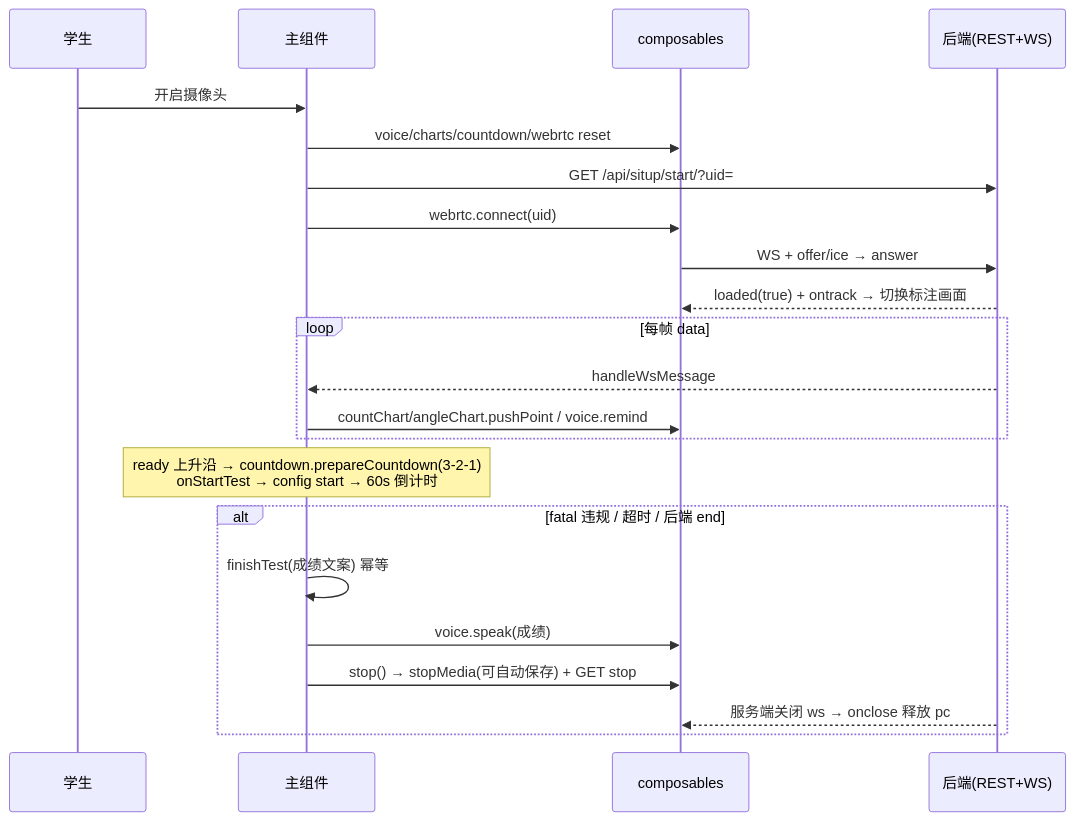
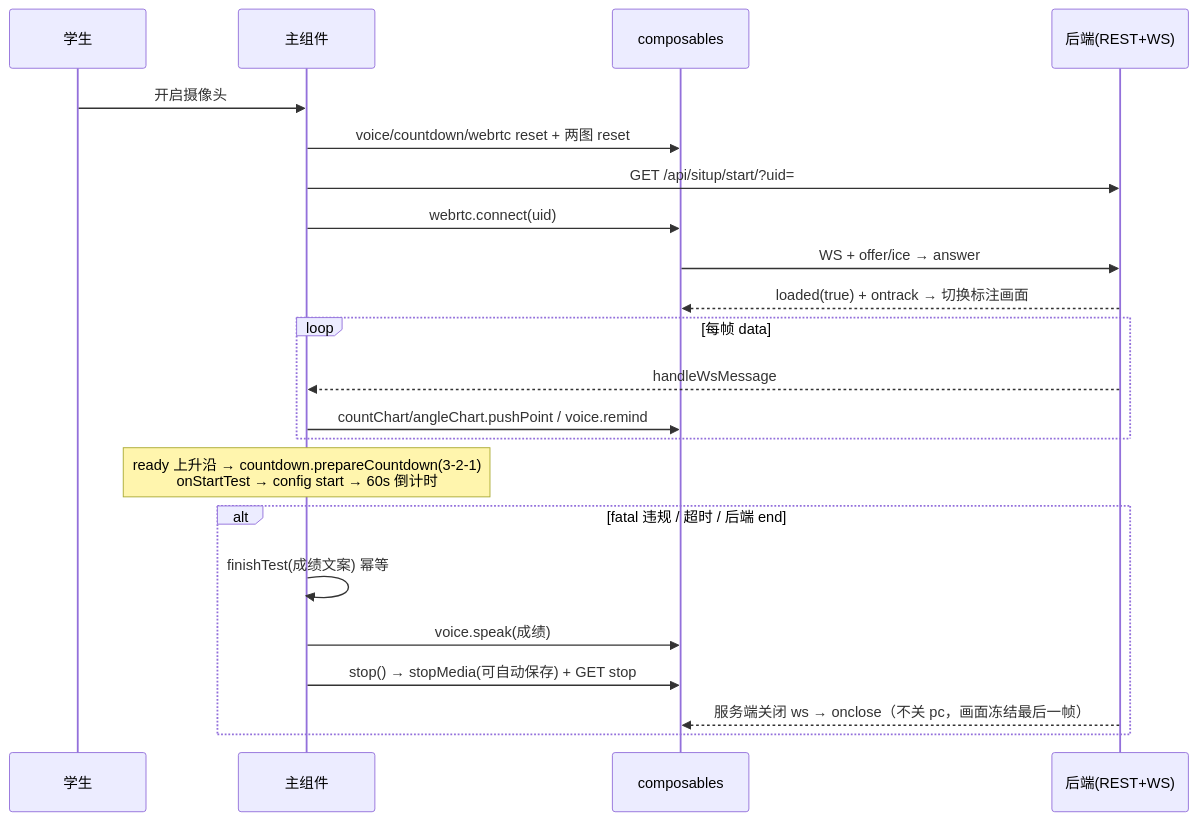
The diagram in docs/StudentTestingSitup.md (Macarion/sport-vue), drawn with Mermaid before and after one commit. The commit also changed other lines of this file and 2 other files, not shown here.

````diff
--- a/docs/StudentTestingSitup.md
+++ b/docs/StudentTestingSitup.md
@@ -95,25 +109,25 @@
 ```mermaid
 sequenceDiagram
     participant U as 学生
     participant P as 主组件
     participant M as composables
     participant B as 后端(REST+WS)
 
     U->>P: 开启摄像头
-    P->>M: voice/charts/countdown/webrtc reset
+    P->>M: voice/countdown/webrtc reset + 两图 reset
     P->>B: GET /api/situp/start/?uid=
     P->>M: webrtc.connect(uid)
     M->>B: WS + offer/ice → answer
     B-->>M: loaded(true) + ontrack → 切换标注画面
     loop 每帧 data
         B-->>P: handleWsMessage
         P->>M: countChart/angleChart.pushPoint / voice.remind
     end
     Note over P: ready 上升沿 → countdown.prepareCountdown(3-2-1)<br/>onStartTest → config start → 60s 倒计时
     alt fatal 违规 / 超时 / 后端 end
         P->>P: finishTest(成绩文案) 幂等
         P->>M: voice.speak(成绩)
         P->>M: stop() → stopMedia(可自动保存) + GET stop
-        B-->>M: 服务端关闭 ws → onclose 释放 pc
+        B-->>M: 服务端关闭 ws → onclose（不关 pc，画面冻结最后一帧）
     end
 ```
````
